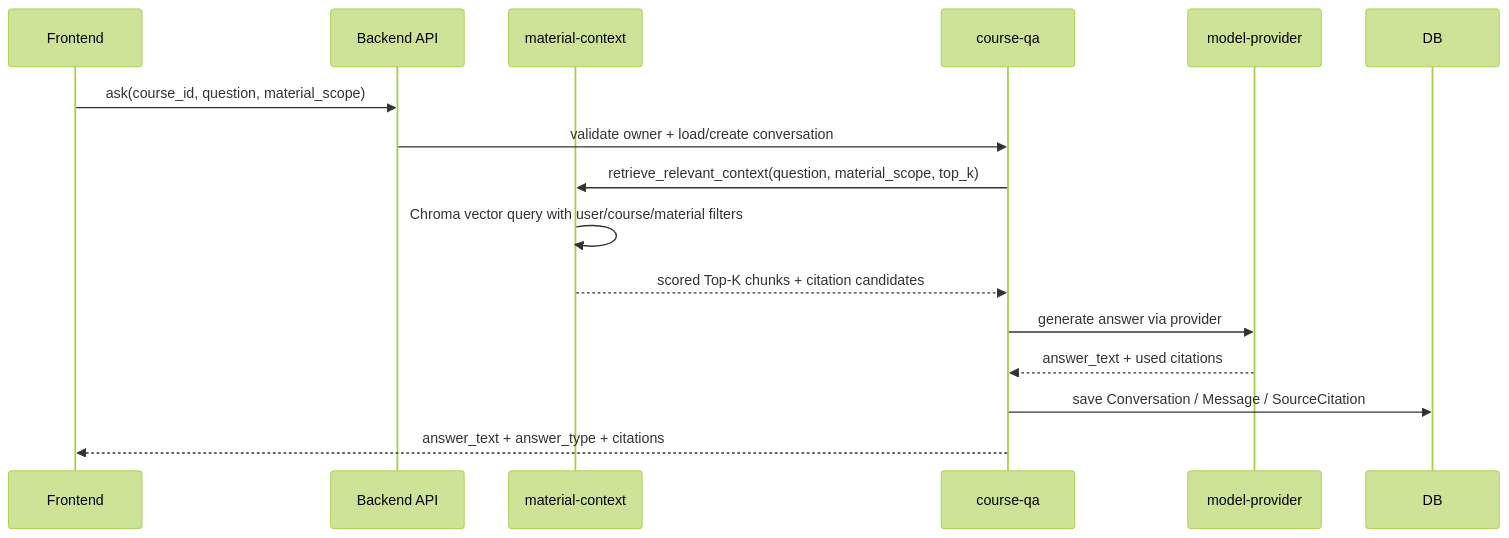
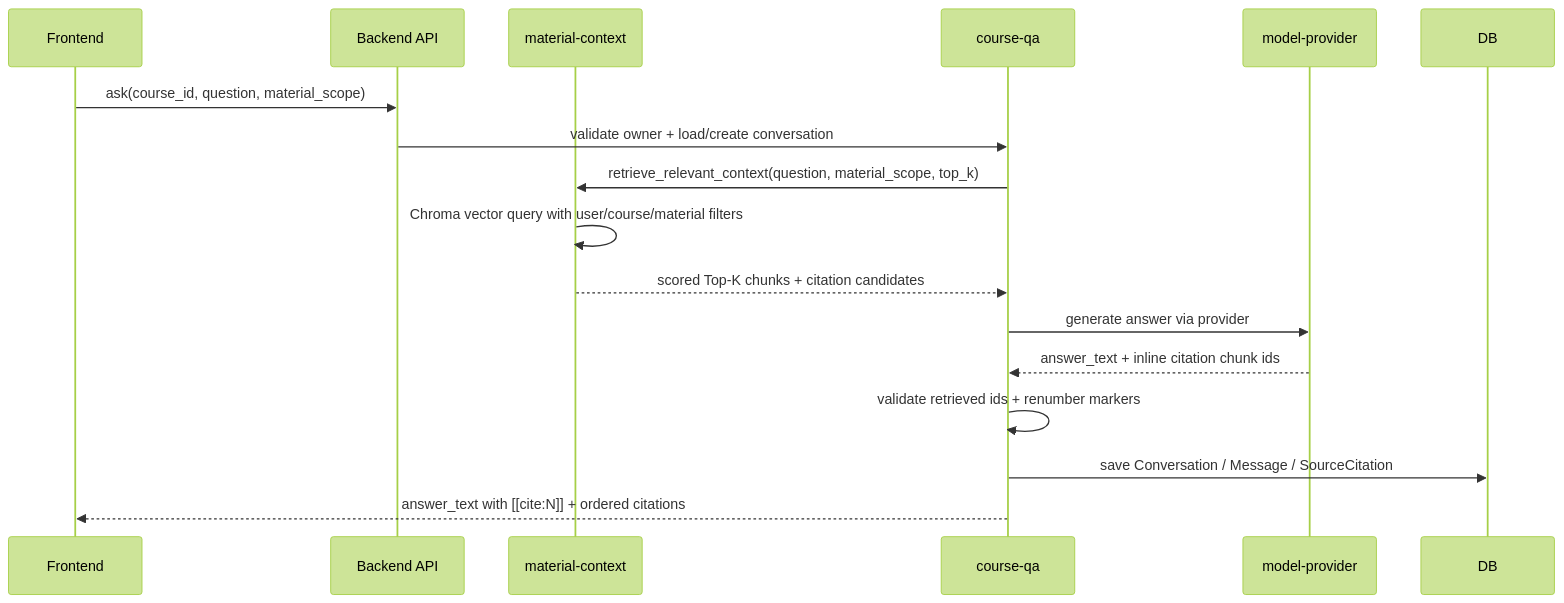
The second of 10 diagrams in docs/architecture/runtime-flows.md (cyruan815/CourseNexus), drawn with Mermaid (forest theme) before and after one commit. The commit also changed other lines of this file and 13 other files, not shown here.

````diff
--- a/docs/architecture/runtime-flows.md
+++ b/docs/architecture/runtime-flows.md
@@ -61,19 +61,20 @@
 ```mermaid
 sequenceDiagram
     participant FE as Frontend
     participant API as Backend API
     participant CTX as material-context
     participant QA as course-qa
     participant MP as model-provider
     participant DB as DB
 
     FE->>API: ask(course_id, question, material_scope)
     API->>QA: validate owner + load/create conversation
     QA->>CTX: retrieve_relevant_context(question, material_scope, top_k)
     CTX->>CTX: Chroma vector query with user/course/material filters
     CTX-->>QA: scored Top-K chunks + citation candidates
     QA->>MP: generate answer via provider
-    MP-->>QA: answer_text + used citations
+    MP-->>QA: answer_text + inline citation chunk ids
+    QA->>QA: validate retrieved ids + renumber markers
     QA->>DB: save Conversation / Message / SourceCitation
-    QA-->>FE: answer_text + answer_type + citations
+    QA-->>FE: answer_text with [[cite:N]] + ordered citations
 ```
````
